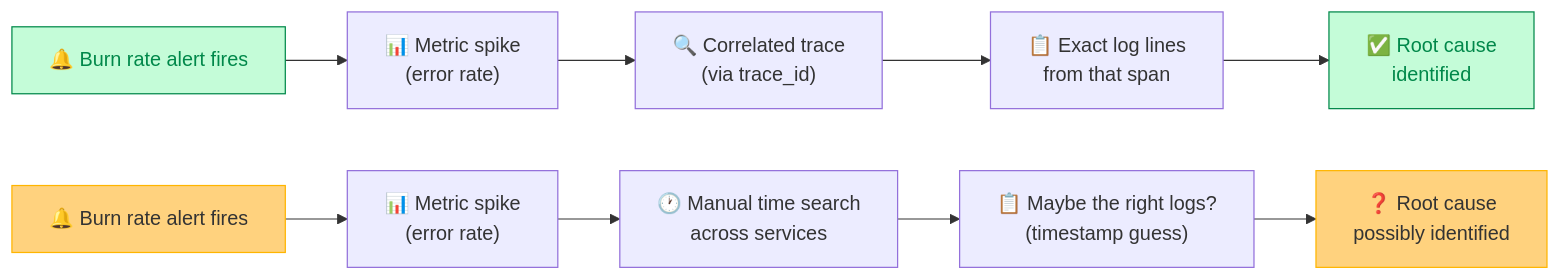
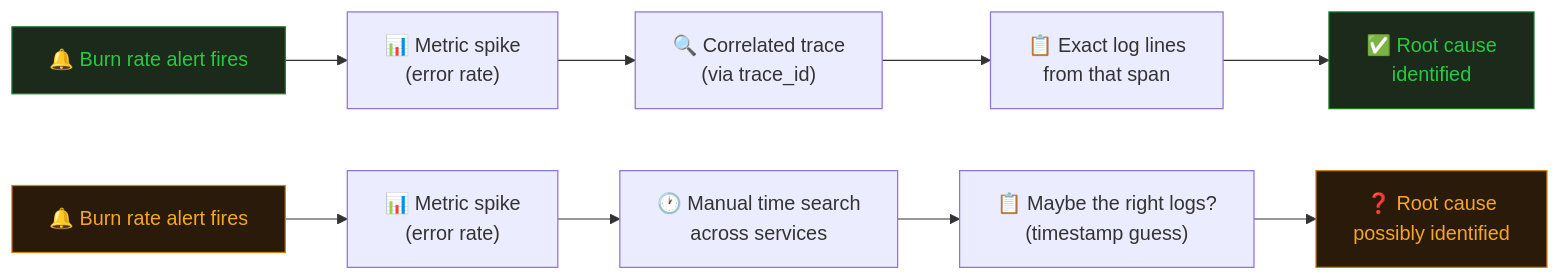
The diagram in content/guides/structured-logging-machine-readable.md (radra23/scryops-site), drawn with Mermaid before and after one commit. The commit also changed other lines of this file and 15 other files, not shown here.

```diff
--- a/content/guides/structured-logging-machine-readable.md
+++ b/content/guides/structured-logging-machine-readable.md
@@ -71,17 +71,17 @@
 {{< mermaid >}}
 flowchart LR
     A["🔔 Burn rate alert fires"] --> B["📊 Metric spike<br/>(error rate)"]
     B --> C["🔍 Correlated trace<br/>(via trace_id)"]
     C --> D["📋 Exact log lines<br/>from that span"]
     D --> E["✅ Root cause<br/>identified"]
 
     A2["🔔 Burn rate alert fires"] --> B2["📊 Metric spike<br/>(error rate)"]
     B2 --> C2["🕐 Manual time search<br/>across services"]
     C2 --> D2["📋 Maybe the right logs?<br/>(timestamp guess)"]
     D2 --> E2["❓ Root cause<br/>possibly identified"]
 
-    style A fill:#C4FCD8,stroke:#00884A,color:#00884A
-    style E fill:#C4FCD8,stroke:#00884A,color:#00884A
-    style A2 fill:#FFD27E,stroke:#FFB500
-    style E2 fill:#FFD27E,stroke:#FFB500
+    style A fill:#1C2A1C,stroke:#1C7A2E,color:#28CA41
+    style E fill:#1C2A1C,stroke:#1C7A2E,color:#28CA41
+    style A2 fill:#2A1A0A,stroke:#D4820A,color:#F5A623
+    style E2 fill:#2A1A0A,stroke:#D4820A,color:#F5A623
 {{< /mermaid >}}
```
